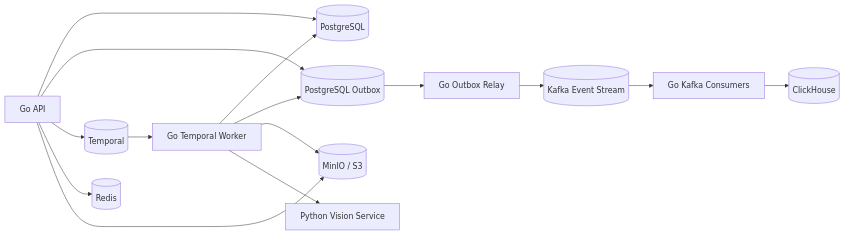
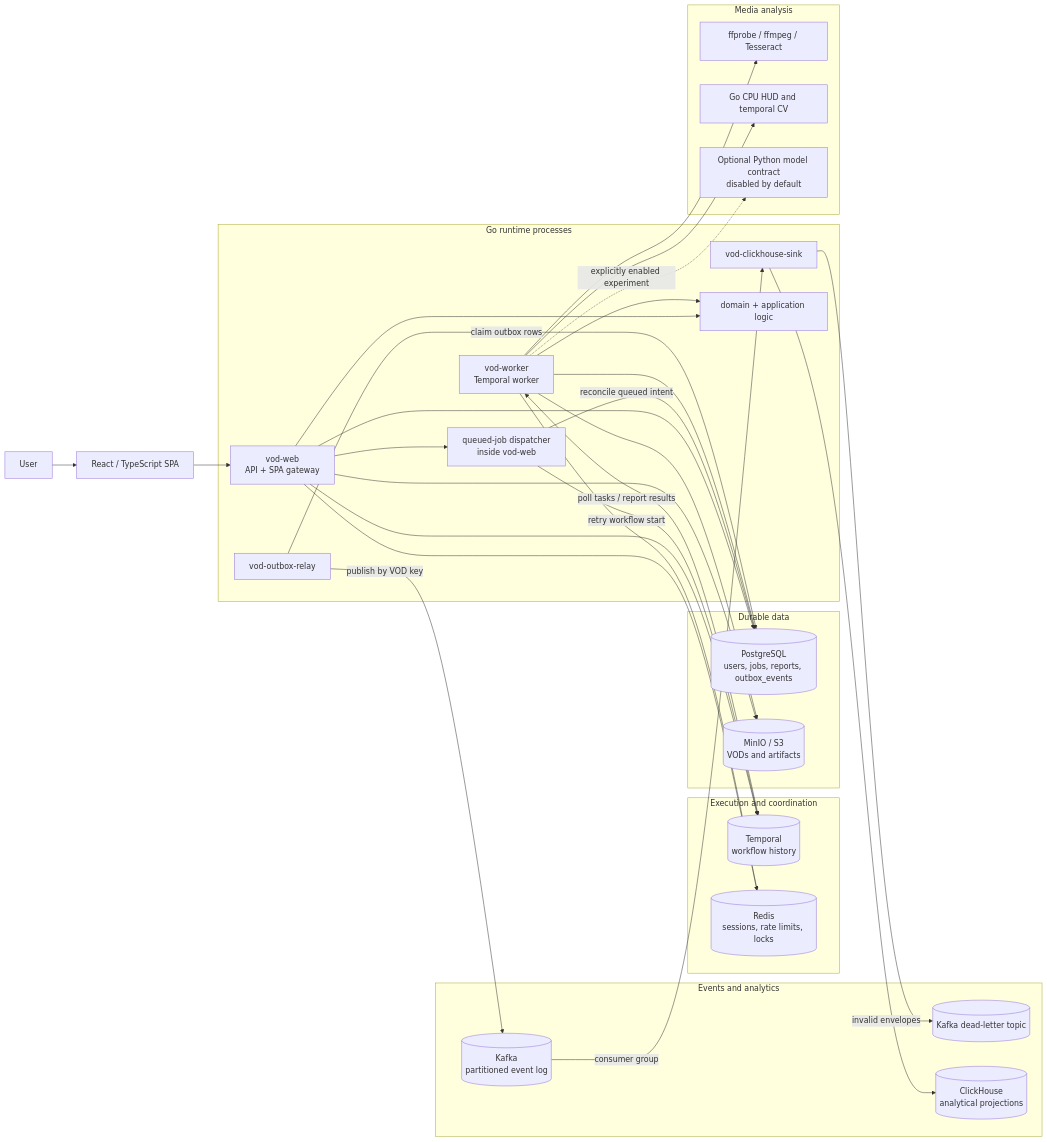
The second of 3 diagrams in README.md (Asklit/valorant-vod-coach), drawn with Mermaid before and after one commit. The commit also changed other lines of this file, not shown here.

Commit message:
docs: publish complete runtime architecture

````diff
--- a/README.md
+++ b/README.md
@@ -37,30 +90,58 @@
 ```mermaid
 flowchart LR
-  API[Go API]
-  Worker[Go Temporal Worker]
-  PG[(PostgreSQL)]
-  Outbox[(PostgreSQL Outbox)]
-  Relay[Go Outbox Relay]
-  Kafka[(Kafka Event Stream)]
-  Consumers[Go Kafka Consumers]
-  CH[(ClickHouse)]
-  Temporal[(Temporal)]
-  Redis[(Redis)]
-  S3[(MinIO / S3)]
-  Vision[Python Vision Service]
+  User[User] --> SPA[React / TypeScript SPA]
 
-  API --> PG
-  API --> Outbox
-  API --> Temporal
-  API --> Redis
-  API --> S3
-  Temporal --> Worker
+  subgraph GoProcesses[Go runtime processes]
+    Web[vod-web<br/>API + SPA gateway]
+    Dispatcher[queued-job dispatcher<br/>inside vod-web]
+    Worker[vod-worker<br/>Temporal worker]
+    Relay[vod-outbox-relay]
+    Sink[vod-clickhouse-sink]
+    Core[domain + application logic]
+  end
+
+  subgraph Execution[Execution and coordination]
+    Temporal[(Temporal<br/>workflow history)]
+    Redis[(Redis<br/>sessions, rate limits, locks)]
+  end
+
+  subgraph DurableData[Durable data]
+    PG[(PostgreSQL<br/>users, jobs, reports, outbox_events)]
+    S3[(MinIO / S3<br/>VODs and artifacts)]
+  end
+
+  subgraph EventsAndAnalytics[Events and analytics]
+    Kafka[(Kafka<br/>partitioned event log)]
+    DLQ[(Kafka dead-letter topic)]
+    CH[(ClickHouse<br/>analytical projections)]
+  end
+
+  subgraph MediaAnalysis[Media analysis]
+    Tools[ffprobe / ffmpeg / Tesseract]
+    LocalCV[Go CPU HUD and temporal CV]
+    Vision[Optional Python model contract<br/>disabled by default]
+  end
+
+  SPA --> Web
+  Web --> Core
+  Web --> PG
+  Web --> Redis
+  Web --> S3
+  Web --> Temporal
+  Web --> Dispatcher
+  Dispatcher -->|reconcile queued intent| PG
+  Dispatcher -->|retry workflow start| Temporal
+  Worker <-->|poll tasks / report results| Temporal
+  Worker --> Core
   Worker --> PG
-  Worker --> Outbox
+  Worker --> Redis
   Worker --> S3
-  Worker --> Vision
-  Outbox --> Relay
-  Relay --> Kafka
-  Kafka --> Consumers
-  Consumers --> CH
+  Worker --> Tools
+  Worker --> LocalCV
+  Worker -. explicitly enabled experiment .-> Vision
+  Relay -->|claim outbox rows| PG
+  Relay -->|publish by VOD key| Kafka
+  Kafka -->|consumer group| Sink
+  Sink --> CH
+  Sink -->|invalid envelopes| DLQ
 ```
````
